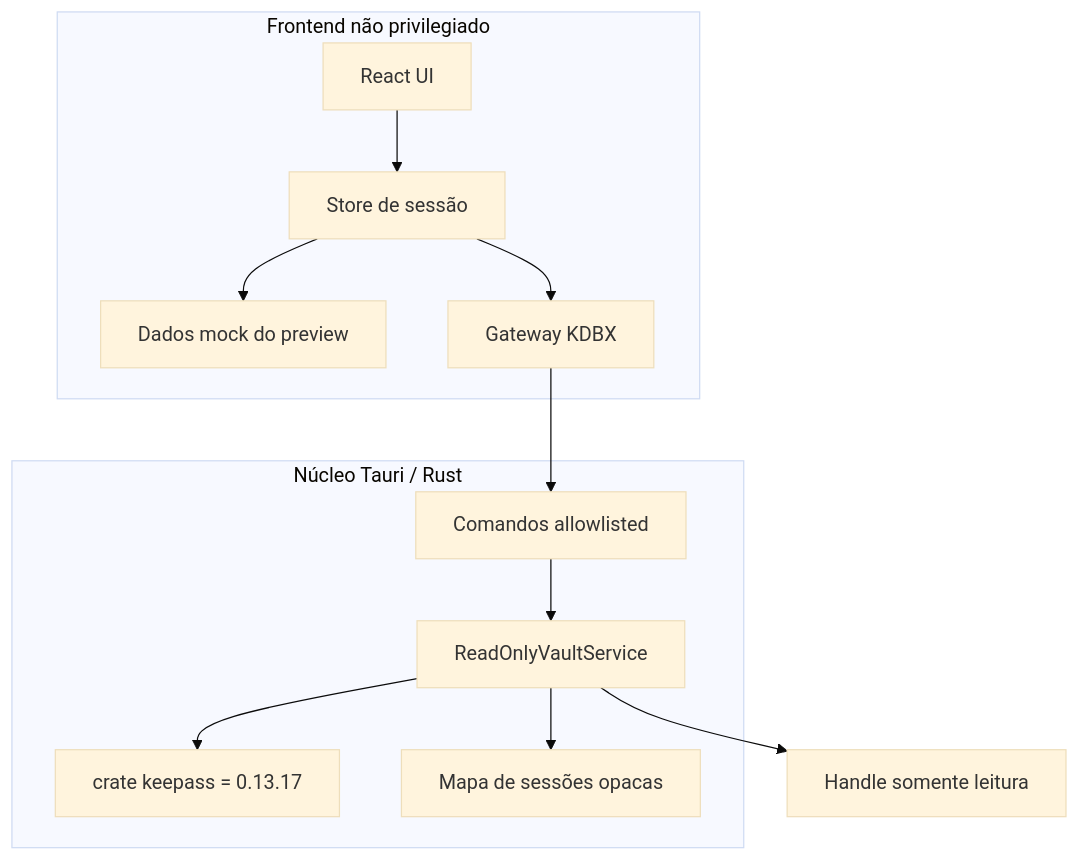
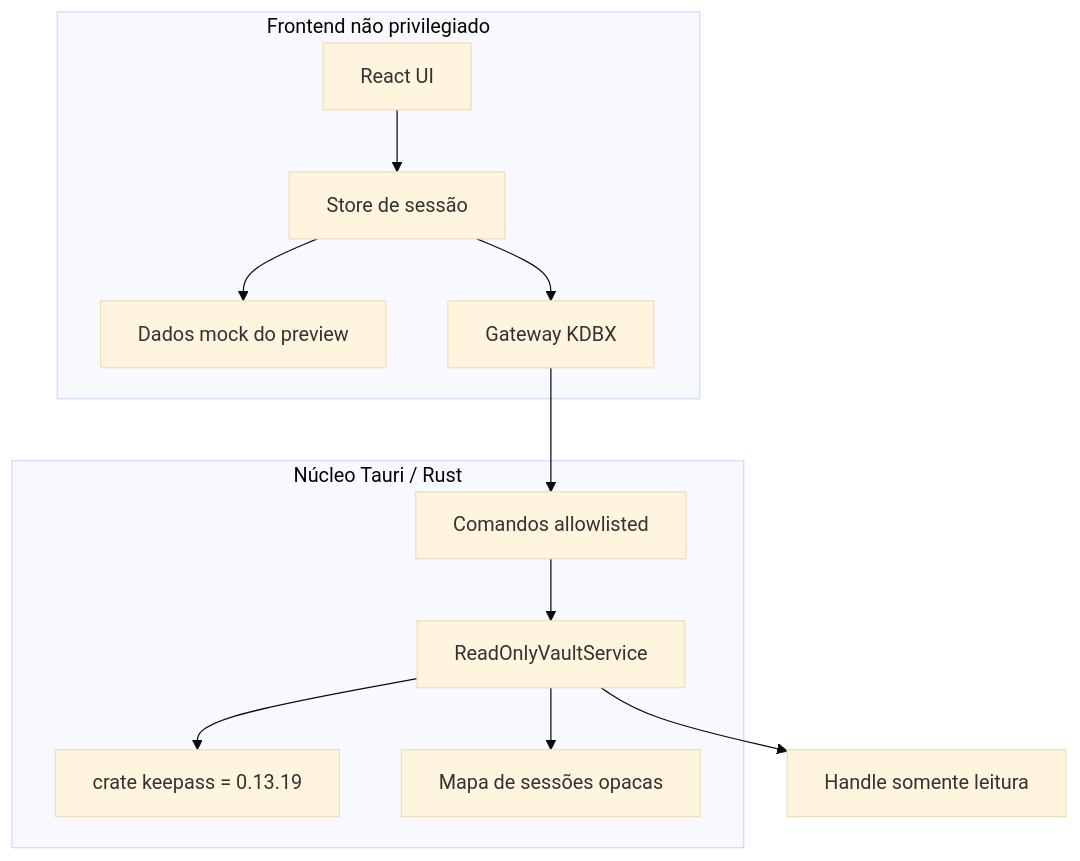
The second of 2 diagrams in docs/ARCHITECTURE.md (johnnymeunome/MyVault), drawn with Mermaid (base theme) before and after one commit. The commit also changed other lines of this file and 8 other files, not shown here.

````diff
--- a/docs/ARCHITECTURE.md
+++ b/docs/ARCHITECTURE.md
@@ -35,17 +35,17 @@
 ```mermaid
 flowchart TB
     subgraph WebView["Frontend não privilegiado"]
       UI["React UI"] --> Session["Store de sessão"]
       Session --> Mock["Dados mock do preview"]
       Session --> Gateway["Gateway KDBX"]
     end
 
     subgraph Native["Núcleo Tauri / Rust"]
       IPC["Comandos allowlisted"] --> Service["ReadOnlyVaultService"]
-      Service --> Parser["crate keepass = 0.13.17"]
+      Service --> Parser["crate keepass = 0.13.19"]
       Service --> Sessions["Mapa de sessões opacas"]
     end
 
     Gateway --> IPC
     Service --> File["Handle somente leitura"]
 ```
````
